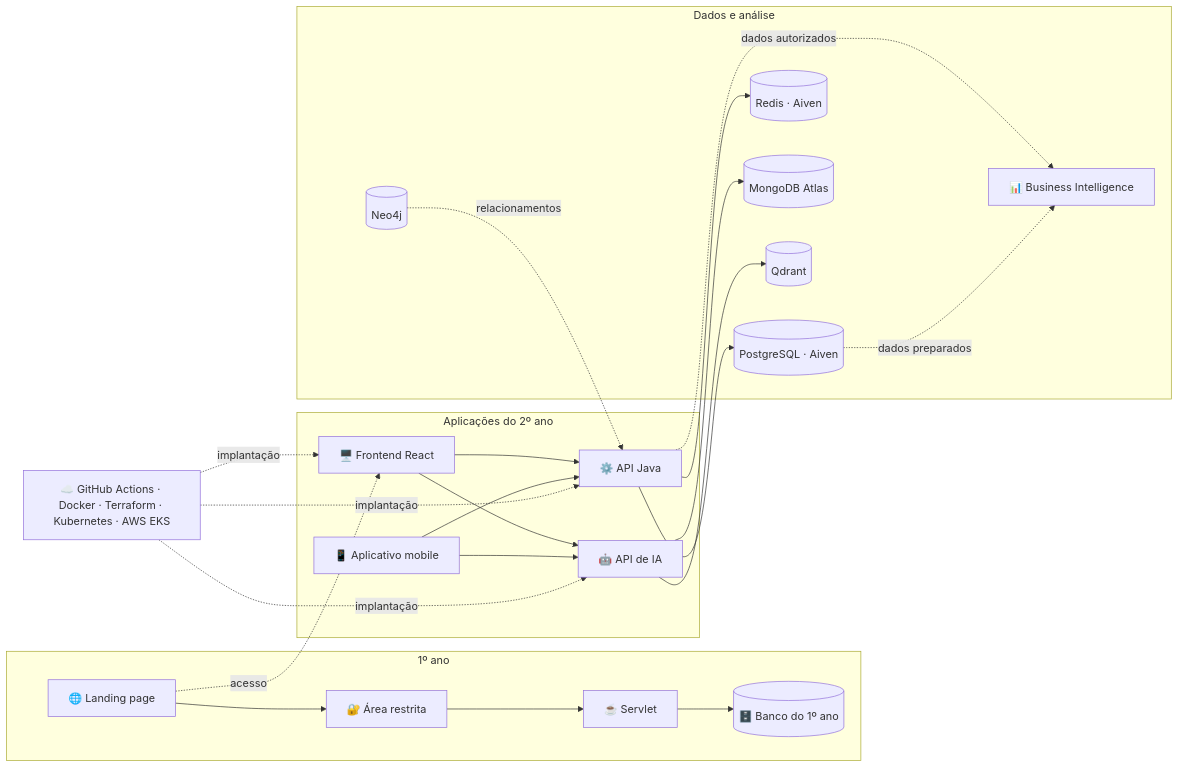
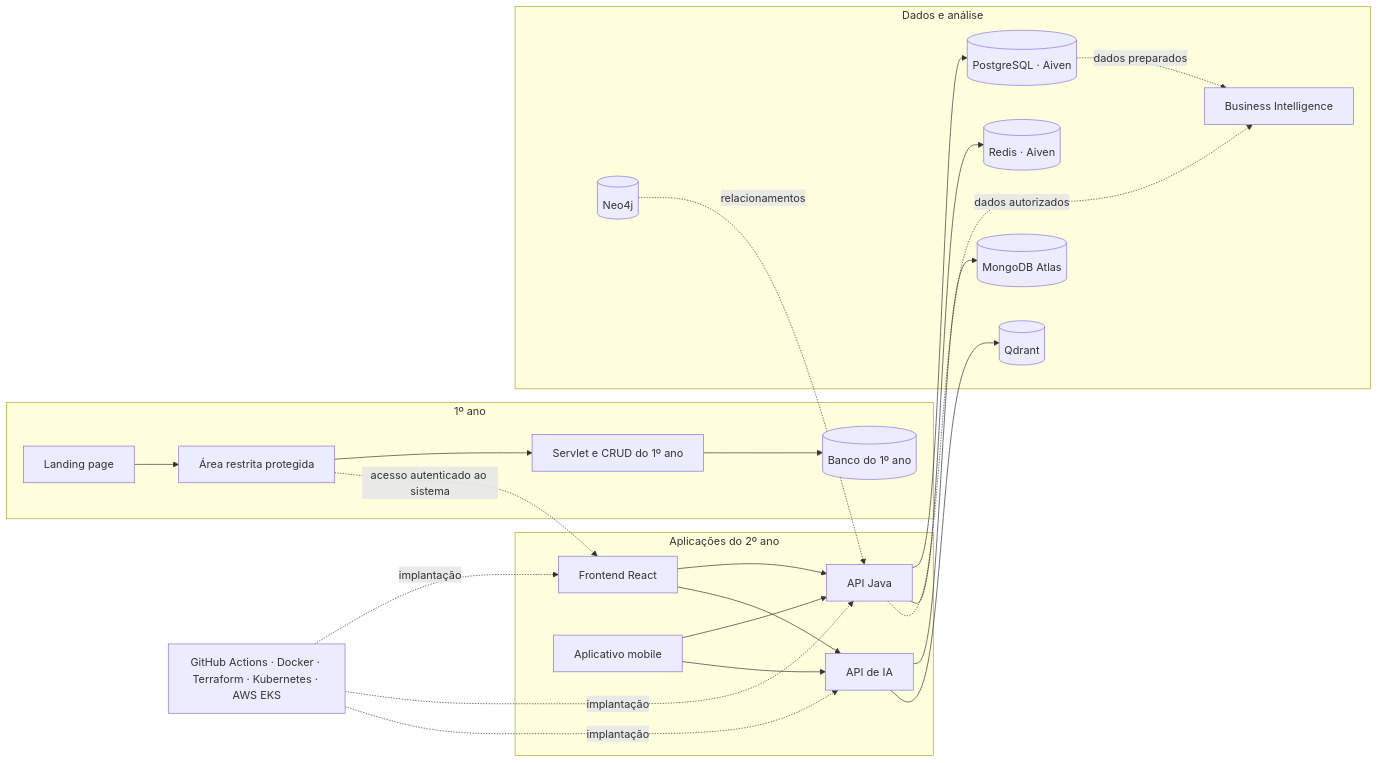
One commit to Skadi-Interdisciplinar/.github changed the diagram in profile/README.md. Above: the diagram before and after it, drawn with Mermaid. The commit also changed other lines of this file, not shown here.

````diff
--- a/profile/README.md
+++ b/profile/README.md
@@ -61,44 +62,45 @@
 ```mermaid
 flowchart LR
     subgraph PrimeiroAno["1º ano"]
-        LP["🌐 Landing page"]
-        ADM1["🔐 Área restrita"]
-        S1["☕ Servlet"]
-        DB1[("🗄️ Banco do 1º ano")]
-        LP --> ADM1 --> S1 --> DB1
+        LP["Landing page"]
+        ACESSO["Área restrita protegida"]
+        S1["Servlet e CRUD do 1º ano"]
+        DB1[("Banco do 1º ano")]
+        LP --> ACESSO
+        ACESSO --> S1 --> DB1
     end
 
     subgraph Aplicacoes["Aplicações do 2º ano"]
-        FE["🖥️ Frontend React"]
-        APP["📱 Aplicativo mobile"]
-        API["⚙️ API Java"]
-        IA["🤖 API de IA"]
+        FE["Frontend React"]
+        APP["Aplicativo mobile"]
+        API["API Java"]
+        IA["API de IA"]
         FE --> API
         APP --> API
         FE --> IA
         APP --> IA
     end
 
     subgraph Dados["Dados e análise"]
         PG[("PostgreSQL · Aiven")]
         REDIS[("Redis · Aiven")]
         MONGO[("MongoDB Atlas")]
         QDRANT[("Qdrant")]
         NEO[("Neo4j")]
-        BI["📊 Business Intelligence"]
+        BI["Business Intelligence"]
     end
 
-    LP -. acesso .-> FE
+    ACESSO -. acesso autenticado ao sistema .-> FE
     API --> PG
     API --> REDIS
     IA --> MONGO
     IA --> QDRANT
     API -. dados autorizados .-> BI
     PG -. dados preparados .-> BI
     NEO -. relacionamentos .-> API
 
-    INFRA["☁️ GitHub Actions · Docker · Terraform · Kubernetes · AWS EKS"]
+    INFRA["GitHub Actions · Docker · Terraform · Kubernetes · AWS EKS"]
     INFRA -. implantação .-> FE
     INFRA -. implantação .-> API
     INFRA -. implantação .-> IA
 ```
````
